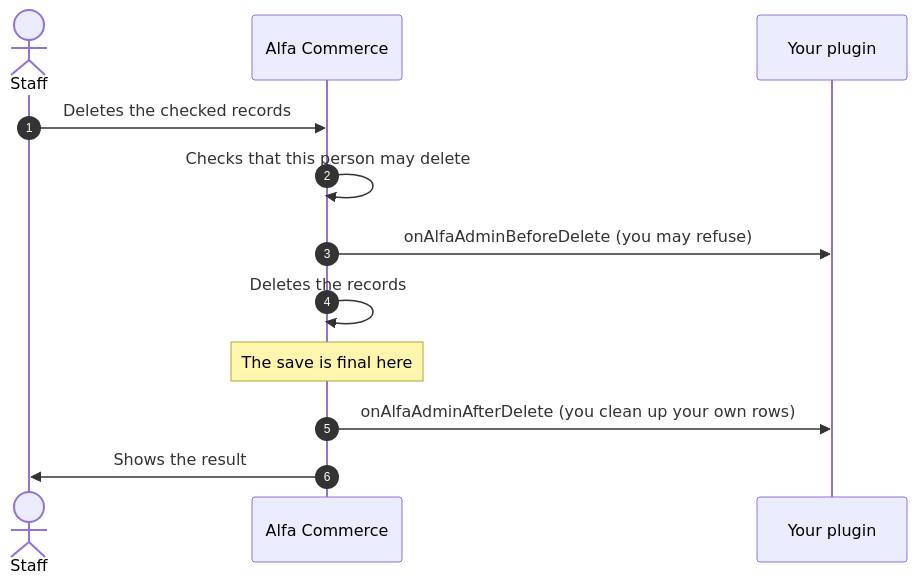
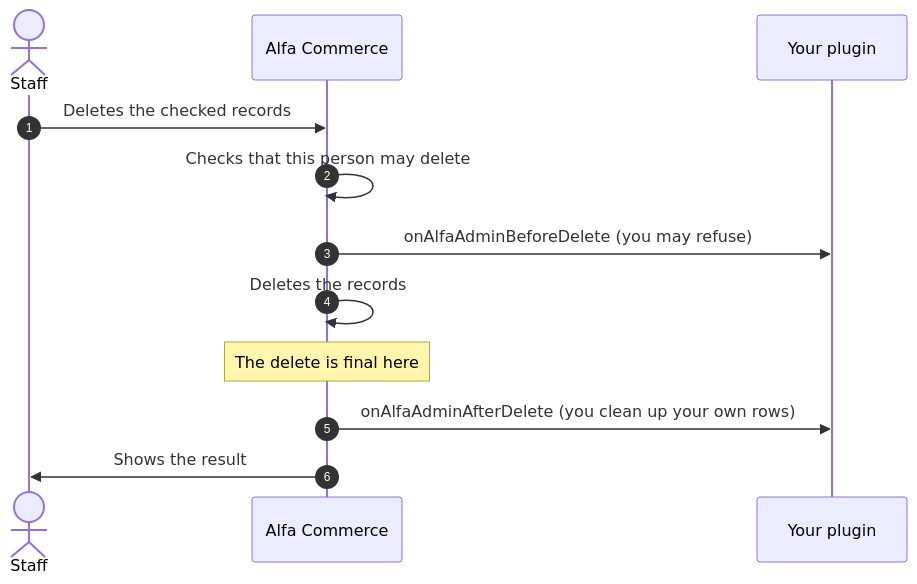
The third of 6 diagrams in docs/plugins/admin-screen-plugins.md (Easylogic-CO-LP/Alfa-Commerce-Manual), drawn with Mermaid before and after one commit. The commit also changed other lines of this file, not shown here.

Commit message:
Extending Admin Screens, checked against the code: the 26 entity names with webhook, a save or a delete passes its own permission, the cart rule slot on the screen map, the delete is final after the delete, links to the browser-call page and to declaring an action

````diff
--- a/docs/plugins/admin-screen-plugins.md
+++ b/docs/plugins/admin-screen-plugins.md
@@ -263,14 +263,14 @@
 ```mermaid
 sequenceDiagram
     autonumber
     actor Staff
     participant Alfa as Alfa Commerce
     participant P as Your plugin
     Staff->>Alfa: Deletes the checked records
     Alfa->>Alfa: Checks that this person may delete
     Alfa->>P: onAlfaAdminBeforeDelete (you may refuse)
     Alfa->>Alfa: Deletes the records
-    Note over Alfa: The save is final here
+    Note over Alfa: The delete is final here
     Alfa->>P: onAlfaAdminAfterDelete (you clean up your own rows)
     Alfa->>Staff: Shows the result
 ```
````
